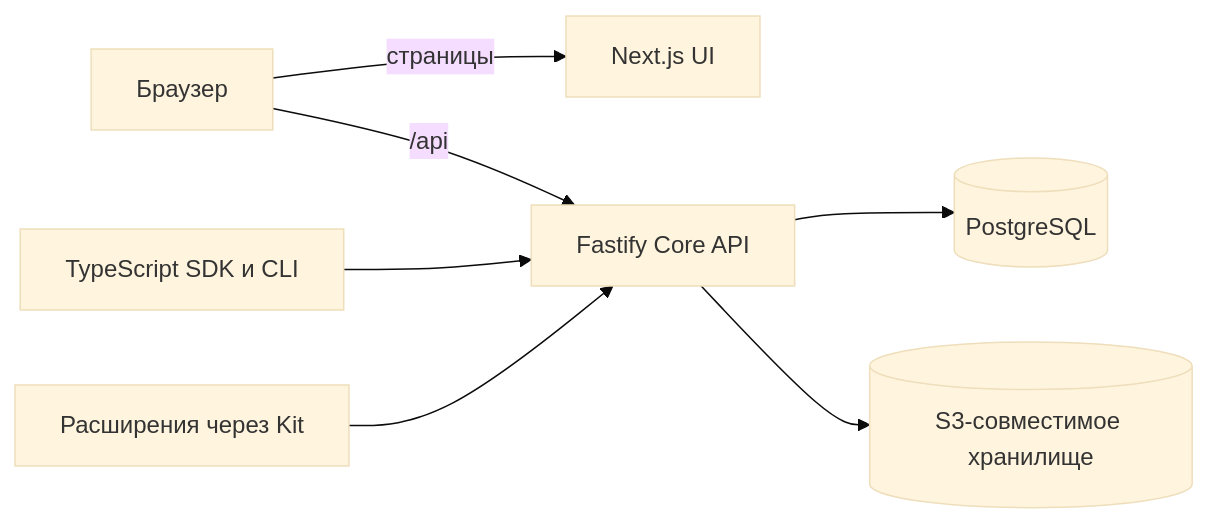
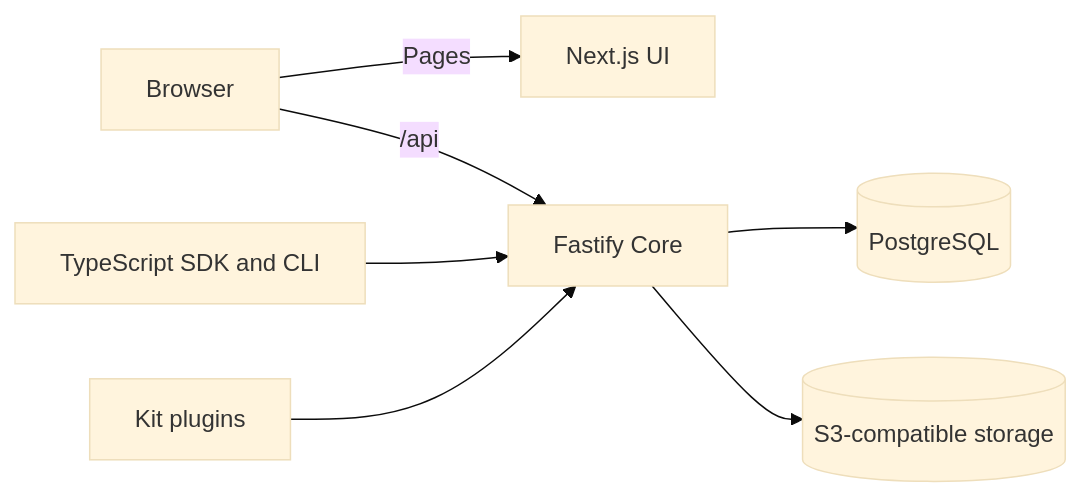
The diagram in README.md (Asmblyr/Collaborative), drawn with Mermaid (base theme) before and after one commit. The commit also changed other lines of this file and 147 other files, not shown here.

````diff
--- a/README.md
+++ b/README.md
@@ -95,9 +144,9 @@
 ```mermaid
 flowchart LR
-  Browser[Браузер] -->|страницы| UI[Next.js UI]
-  Browser -->|/api| API[Fastify Core API]
-  SDK[TypeScript SDK и CLI] --> API
-  API --> DB[(PostgreSQL)]
-  API --> S3[(S3-совместимое хранилище)]
-  Kit[Расширения через Kit] --> API
+  Browser[Browser] -->|Pages| UI[Next.js UI]
+  Browser -->|/api| Core[Fastify Core]
+  SDK[TypeScript SDK and CLI] --> Core
+  Core --> DB[(PostgreSQL)]
+  Core --> S3[(S3-compatible storage)]
+  Plugins[Kit plugins] --> Core
 ```
````
